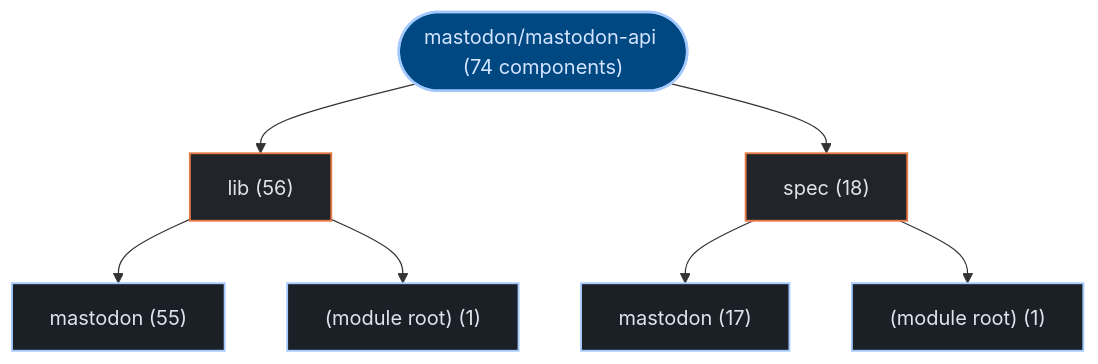
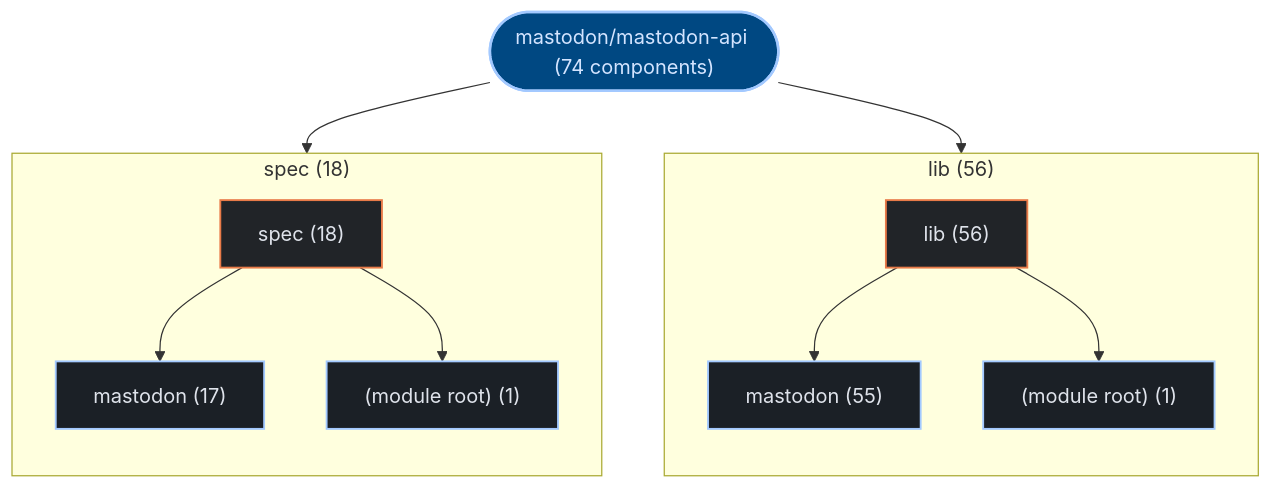
The first of 3 diagrams in exports/latest/reports/mastodon-mastodon-api-report.md (kumarshaz/atruss-code-atlas), drawn with Mermaid before and after one commit. The commit also changed 178 other files, not shown here.

Commit message:
feat(ui,mermaid): upgrade to mermaid v12 + ELK layout, add orgs-summary + pagination, subgraph building blocks, fix tab alignment

````diff
--- a/exports/latest/reports/mastodon-mastodon-api-report.md
+++ b/exports/latest/reports/mastodon-mastodon-api-report.md
@@ -41,23 +41,29 @@
 ```mermaid
 graph TD;
   classDef atlasRoot fill:#004882,stroke:#a3c9ff,stroke-width:2px,color:#d3e4ff
   classDef atlasCategory fill:#212428,stroke:#E87A48,stroke-width:1.5px,color:#dfe3eb
   classDef atlasWorkflow fill:#1b2026,stroke:#a3c9ff,stroke-width:1.5px,color:#dfe3eb
   classDef atlasJob fill:#171c22,stroke:#8d9199,stroke-width:1px,color:#dfe3eb
   classDef atlasTarget fill:#005227,stroke:#8bd99b,stroke-width:1.5px,color:#a7f6b6
   classDef atlasAlert fill:#93000a,stroke:#ffb4ab,stroke-width:1.5px,color:#ffdad6
   classDef atlasMore fill:#252a31,stroke:#8d9199,stroke-dasharray:4 4,color:#c3c6cf
     repo_root(["mastodon/mastodon-api (74 components)"]):::atlasRoot
-    dir_0_lib["lib (56)"]:::atlasCategory
+    subgraph sg_dir_0_lib["lib (56)"]
+      direction TB
+      dir_0_lib["lib (56)"]:::atlasCategory
+      sub_0_0_mastodon["mastodon (55)"]:::atlasWorkflow
+      dir_0_lib --> sub_0_0_mastodon
+      sub_0_1__module_root_["(module root) (1)"]:::atlasWorkflow
+      dir_0_lib --> sub_0_1__module_root_
+    end
     repo_root --> dir_0_lib
-    sub_0_0_mastodon["mastodon (55)"]:::atlasWorkflow
-    dir_0_lib --> sub_0_0_mastodon
-    sub_0_1__module_root_["(module root) (1)"]:::atlasWorkflow
-    dir_0_lib --> sub_0_1__module_root_
-    dir_1_spec["spec (18)"]:::atlasCategory
+    subgraph sg_dir_1_spec["spec (18)"]
+      direction TB
+      dir_1_spec["spec (18)"]:::atlasCategory
+      sub_1_0_mastodon["mastodon (17)"]:::atlasWorkflow
+      dir_1_spec --> sub_1_0_mastodon
+      sub_1_1__module_root_["(module root) (1)"]:::atlasWorkflow
+      dir_1_spec --> sub_1_1__module_root_
+    end
     repo_root --> dir_1_spec
-    sub_1_0_mastodon["mastodon (17)"]:::atlasWorkflow
-    dir_1_spec --> sub_1_0_mastodon
-    sub_1_1__module_root_["(module root) (1)"]:::atlasWorkflow
-    dir_1_spec --> sub_1_1__module_root_
 ```
````
